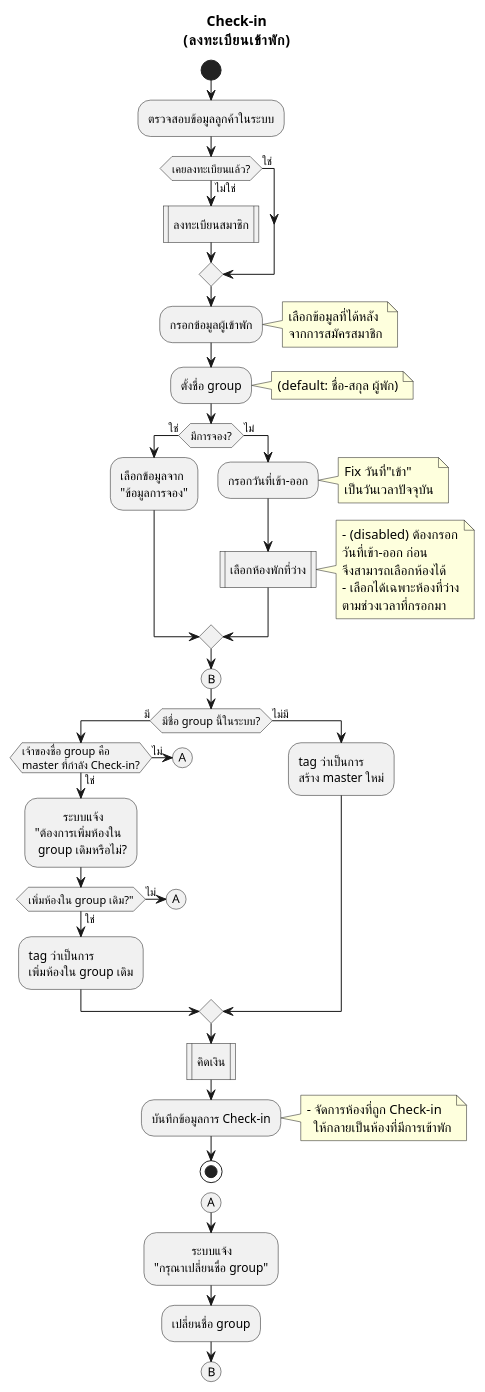
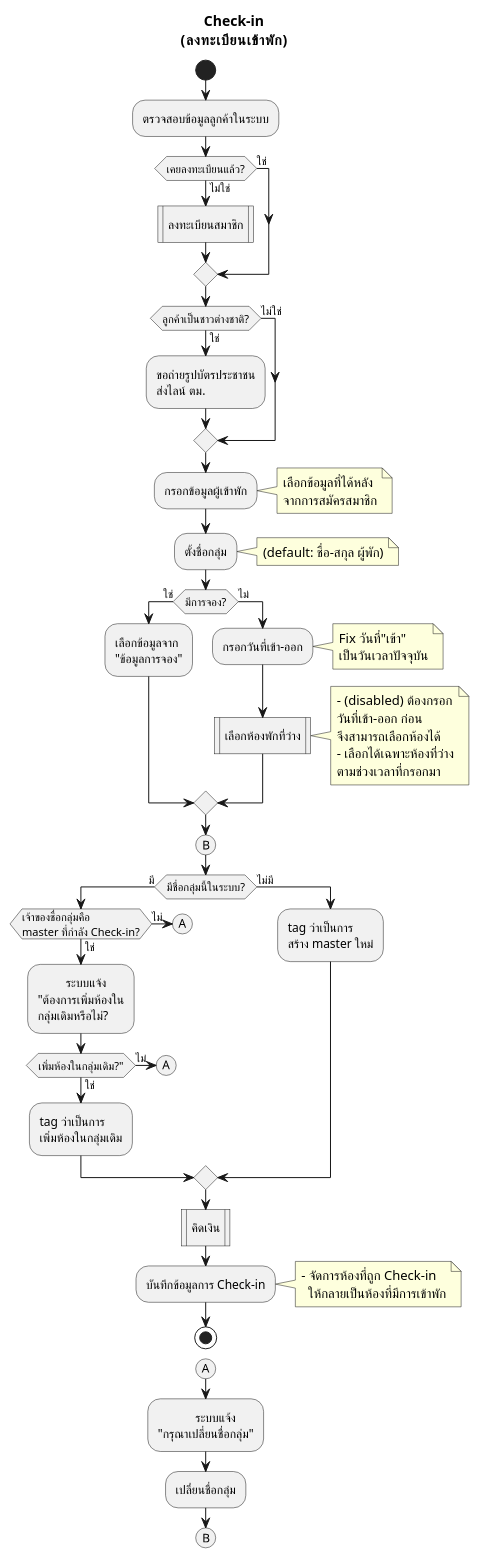
One commit to cheat13/Prompiman_Diagram changed the diagram in activity-diagram/Check-in/Check-in.md. Above: the diagram before and after it, drawn with PlantUML. The commit also changed 10 other files, not shown here.

```diff
--- a/activity-diagram/Check-in/Check-in.md
+++ b/activity-diagram/Check-in/Check-in.md
@@ -1,72 +1,78 @@
 @startuml
 title Check-in\n(ลงทะเบียนเข้าพัก)
 start
 
 :ตรวจสอบข้อมูลลูกค้าในระบบ;
 
 if (เคยลงทะเบียนแล้ว?) then (ไม่ใช่)
     :ลงทะเบียนสมาชิก|
 else (ใช่)
 endif
 
+if (ลูกค้าเป็นชาวต่างชาติ?) then (ใช่)
+    :ขอถ่ายรูปบัตรประชาชน
+    ส่งไลน์ ตม.;
+else (ไม่ใช่)
+endif
+
 :กรอกข้อมูลผู้เข้าพัก;
 note right 
     เลือกข้อมูลที่ได้หลัง
     จากการสมัครสมาชิก
 endnote
 
-:ตั้งชื่อ group;
+:ตั้งชื่อกลุ่ม;
 note right: (default: ชื่อ-สกุล ผู้พัก)
 
 if (มีการจอง?) then (ใช่)
     :เลือกข้อมูลจาก\n"ข้อมูลการจอง";
 else (ไม่)
     :กรอกวันที่เข้า-ออก;
     note right
         Fix วันที่"เข้า"
         เป็นวันเวลาปัจจุบัน
     endnote
 
     :เลือกห้องพักที่ว่าง|
     note right
         - (disabled) ต้องกรอก
         วันที่เข้า-ออก ก่อน
         จึงสามารถเลือกห้องได้
         - เลือกได้เฉพาะห้องที่ว่าง
         ตามช่วงเวลาที่กรอกมา
     endnote
 
 endif
 
 (B)
-if (มีชื่อ group นี้ในระบบ?) then (มี)
-    if (เจ้าของชื่อ group คือ\nmaster ที่กำลัง Check-in?) then (ใช่)
-        :         ระบบแจ้ง\n"ต้องการเพิ่มห้องใน\n group เดิมหรือไม่?;
-        if (เพิ่มห้องใน group เดิม?") then (ใช่)
-        :tag ว่าเป็นการ\nเพิ่มห้องใน group เดิม;
+if (มีชื่อกลุ่มนี้ในระบบ?) then (มี)
+    if (เจ้าของชื่อกลุ่มคือ\nmaster ที่กำลัง Check-in?) then (ใช่)
+        :         ระบบแจ้ง\n"ต้องการเพิ่มห้องใน\nกลุ่มเดิมหรือไม่?;
+        if (เพิ่มห้องในกลุ่มเดิม?") then (ใช่)
+        :tag ว่าเป็นการ\nเพิ่มห้องในกลุ่มเดิม;
         else (ไม่)
             (A)
             detach
         endif
     else (ไม่)
         (A)
         detach
     endif
 else (ไม่มี)
     :tag ว่าเป็นการ\nสร้าง master ใหม่;    
 endif
 
 :คิดเงิน|
 :บันทึกข้อมูลการ Check-in;
 note right
     - จัดการห้องที่ถูก Check-in 
       ให้กลายเป็นห้องที่มีการเข้าพัก
 endnote
 stop
 
 (A)
-:            ระบบแจ้ง\n"กรุณาเปลี่ยนชื่อ group";
-:เปลี่ยนชื่อ group;
+:            ระบบแจ้ง\n"กรุณาเปลี่ยนชื่อกลุ่ม";
+:เปลี่ยนชื่อกลุ่ม;
 (B)
 
 @enduml
```
